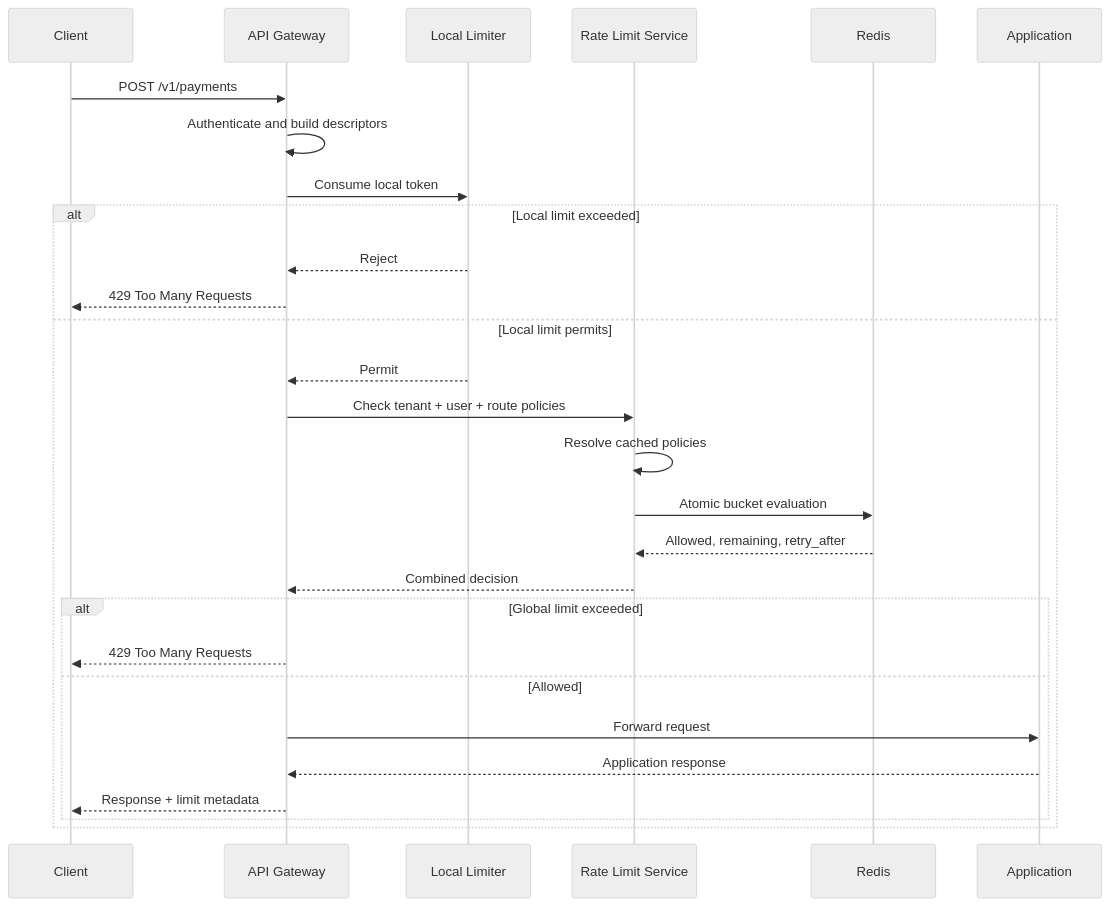
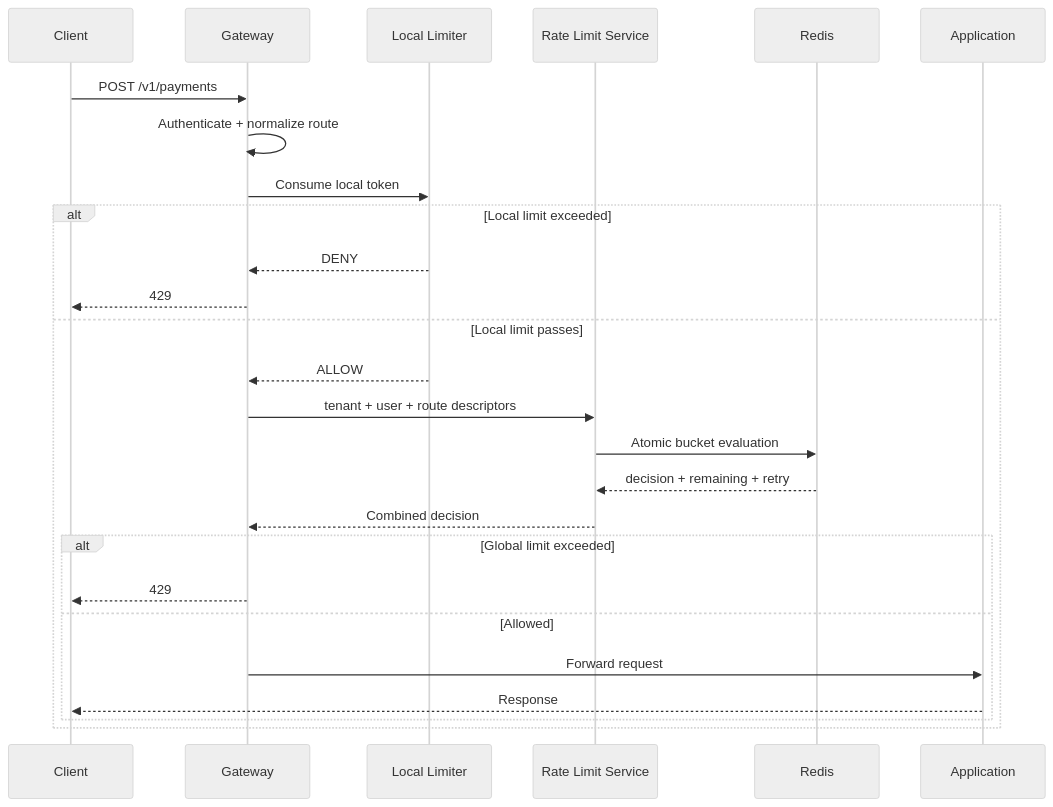
Before and after one commit to AvadhBhalodiya/Interview-Preparation: the fourth of 6 diagrams in src/content/system-design/rate-limiter.md, drawn with Mermaid (neutral theme). The commit also changed other lines of this file and 54 other files, not shown here.

````diff
--- a/src/content/system-design/rate-limiter.md
+++ b/src/content/system-design/rate-limiter.md
@@ -426,33 +297,31 @@
 ```mermaid
 sequenceDiagram
     participant C as Client
-    participant G as API Gateway
+    participant G as Gateway
     participant L as Local Limiter
     participant R as Rate Limit Service
     participant D as Redis
     participant A as Application
 
     C->>G: POST /v1/payments
-    G->>G: Authenticate and build descriptors
+    G->>G: Authenticate + normalize route
     G->>L: Consume local token
 
     alt Local limit exceeded
-        L-->>G: Reject
-        G-->>C: 429 Too Many Requests
-    else Local limit permits
-        L-->>G: Permit
-        G->>R: Check tenant + user + route policies
-        R->>R: Resolve cached policies
+        L-->>G: DENY
+        G-->>C: 429
+    else Local limit passes
+        L-->>G: ALLOW
+        G->>R: tenant + user + route descriptors
         R->>D: Atomic bucket evaluation
-        D-->>R: Allowed, remaining, retry_after
+        D-->>R: decision + remaining + retry
         R-->>G: Combined decision
 
         alt Global limit exceeded
-            G-->>C: 429 Too Many Requests
+            G-->>C: 429
         else Allowed
             G->>A: Forward request
-            A-->>G: Application response
-            G-->>C: Response + limit metadata
+            A-->>C: Response
         end
     end
 ```
````
